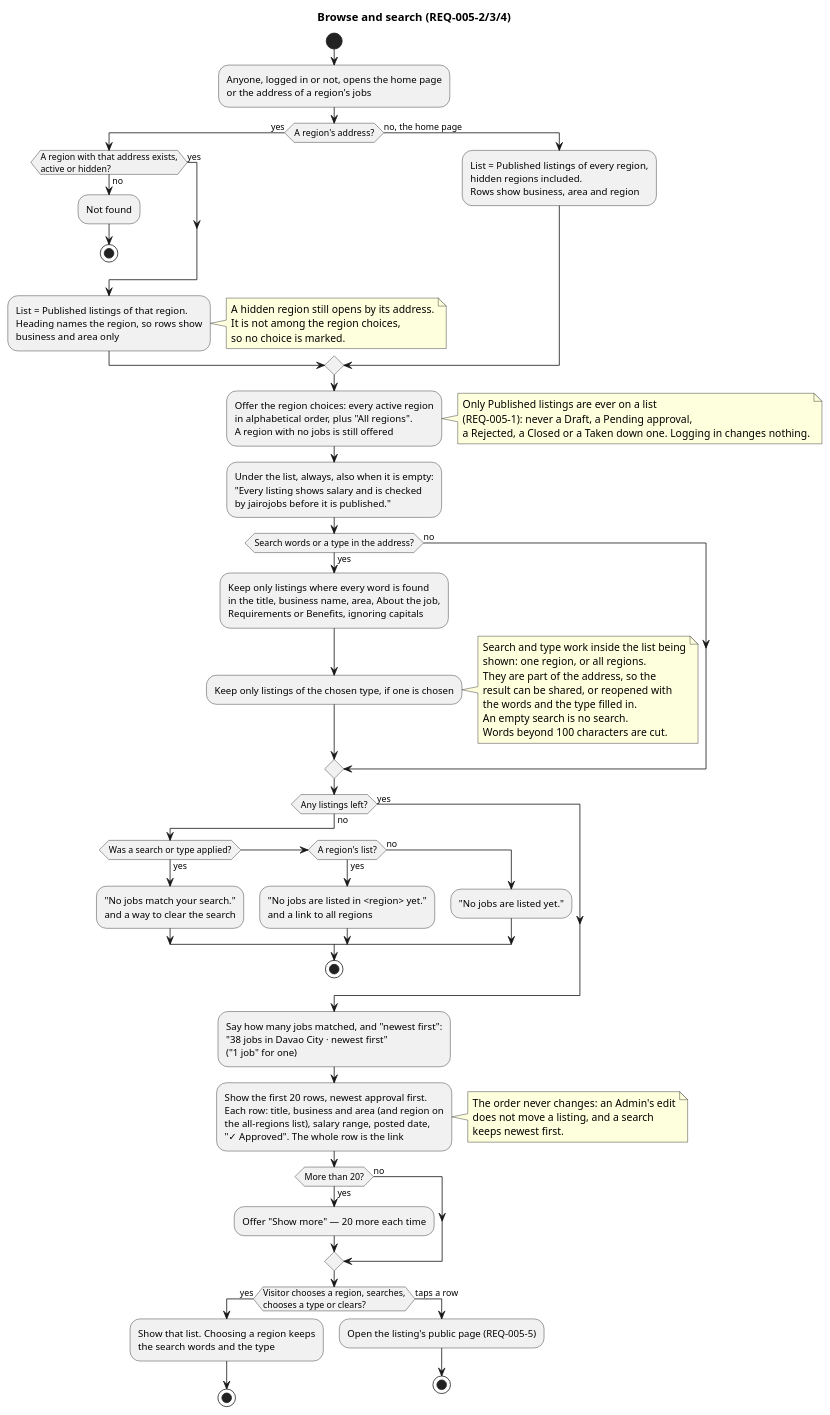
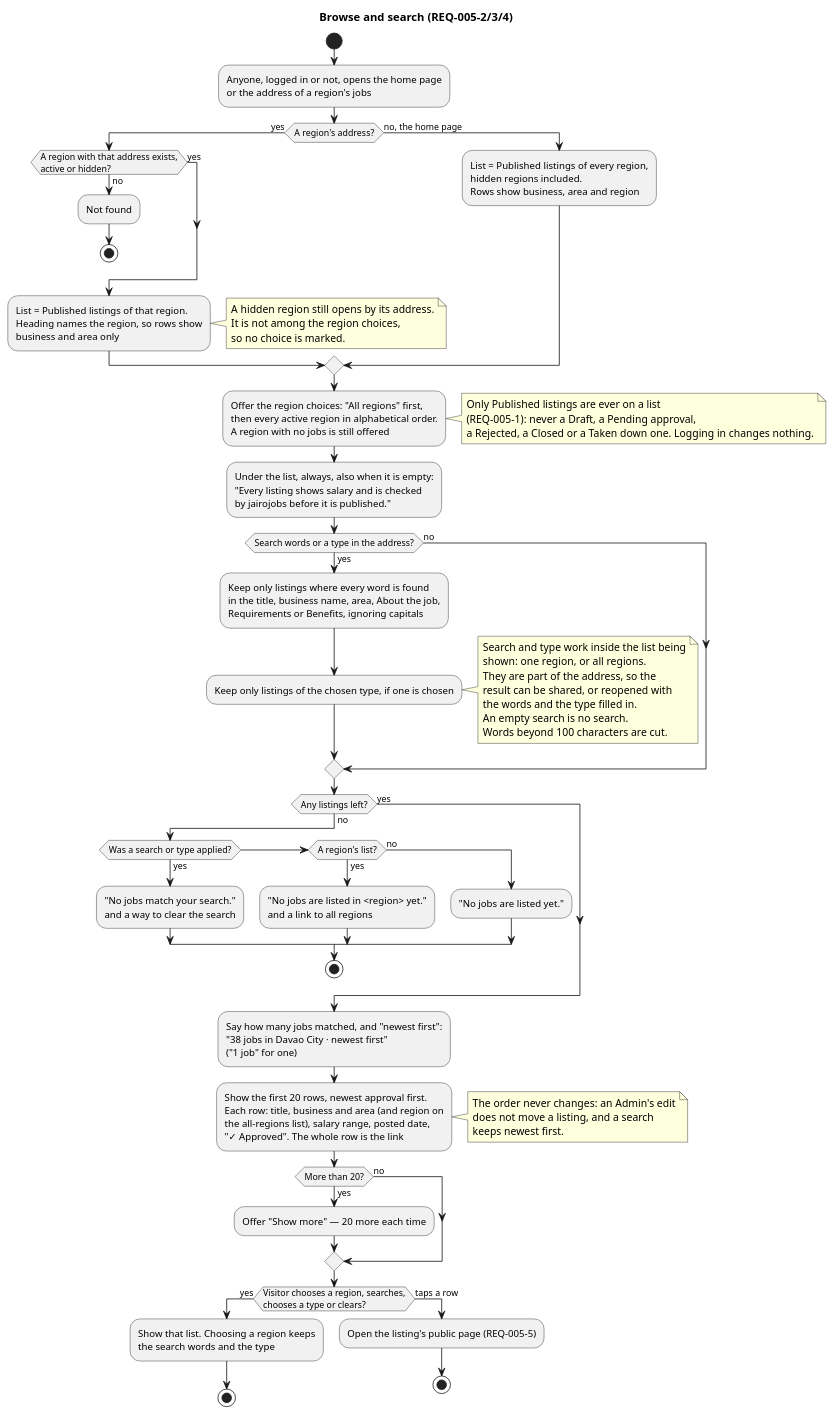
The diagram in docs/specs/005-public-browse-search/diagrams/activity-browse-and-search.puml (raseniero/jairojobs-elixir), drawn with PlantUML before and after one commit. The commit also changed 8 other files, not shown here.

Commit message:
feat(browse): "All regions" is the first region choice (REQ-005-3, spec decision 26)

```diff
--- a/docs/specs/005-public-browse-search/diagrams/activity-browse-and-search.puml
+++ b/docs/specs/005-public-browse-search/diagrams/activity-browse-and-search.puml
@@ -1,91 +1,91 @@
 @startuml activity-browse-and-search
 ' Spec 005 — the jobs lists: all regions, one region, search and type (REQ-005-2, -3, -4)
 title Browse and search (REQ-005-2/3/4)
 
 start
 :Anyone, logged in or not, opens the home page
 or the address of a region's jobs;
 if (A region's address?) then (yes)
   if (A region with that address exists,\nactive or hidden?) then (no)
     :Not found;
     stop
   else (yes)
   endif
   :List = Published listings of that region.
   Heading names the region, so rows show
   business and area only;
   note right
     A hidden region still opens by its address.
     It is not among the region choices,
     so no choice is marked.
   end note
 else (no, the home page)
   :List = Published listings of every region,
   hidden regions included.
   Rows show business, area and region;
 endif
-:Offer the region choices: every active region
-in alphabetical order, plus "All regions".
+:Offer the region choices: "All regions" first,
+then every active region in alphabetical order.
 A region with no jobs is still offered;
 note right
   Only Published listings are ever on a list
   (REQ-005-1): never a Draft, a Pending approval,
   a Rejected, a Closed or a Taken down one. Logging in changes nothing.
 end note
 :Under the list, always, also when it is empty:
 "Every listing shows salary and is checked
 by jairojobs before it is published.";
 if (Search words or a type in the address?) then (yes)
   :Keep only listings where every word is found
   in the title, business name, area, About the job,
   Requirements or Benefits, ignoring capitals;
   :Keep only listings of the chosen type, if one is chosen;
   note right
     Search and type work inside the list being
     shown: one region, or all regions.
     They are part of the address, so the
     result can be shared, or reopened with
     the words and the type filled in.
     An empty search is no search.
     Words beyond 100 characters are cut.
   end note
 else (no)
 endif
 if (Any listings left?) then (no)
   if (Was a search or type applied?) then (yes)
     :"No jobs match your search."
     and a way to clear the search;
   elseif (A region's list?) then (yes)
     :"No jobs are listed in <region> yet."
     and a link to all regions;
   else (no)
     :"No jobs are listed yet.";
   endif
   stop
 else (yes)
 endif
 :Say how many jobs matched, and "newest first":
 "38 jobs in Davao City · newest first"
 ("1 job" for one);
 :Show the first 20 rows, newest approval first.
 Each row: title, business and area (and region on
 the all-regions list), salary range, posted date,
 "✓ Approved". The whole row is the link;
 note right
   The order never changes: an Admin's edit
   does not move a listing, and a search
   keeps newest first.
 end note
 if (More than 20?) then (yes)
   :Offer "Show more" — 20 more each time;
 else (no)
 endif
 if (Visitor chooses a region, searches,\nchooses a type or clears?) then (yes)
   :Show that list. Choosing a region keeps
   the search words and the type;
   stop
 else (taps a row)
   :Open the listing's public page (REQ-005-5);
   stop
 endif
 @enduml
```
